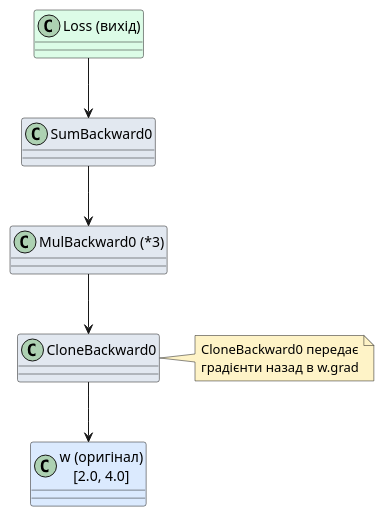
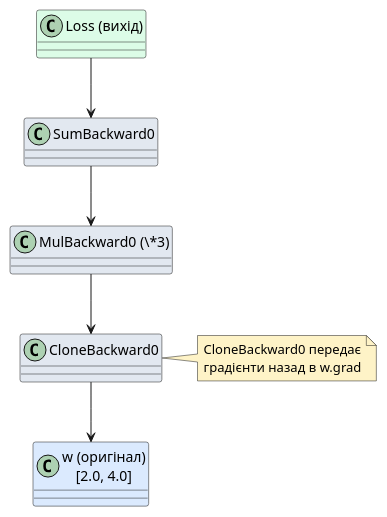
The sixth of 14 diagrams in content/16.ai-python/13.pytorch-intro/01.tensors-and-autograd.md (arakviel/kostyl.dev), drawn with PlantUML before and after one commit. The commit also changed other lines of this file and 11 other files, not shown here.

```diff
--- a/content/16.ai-python/13.pytorch-intro/01.tensors-and-autograd.md
+++ b/content/16.ai-python/13.pytorch-intro/01.tensors-and-autograd.md
@@ -1293,20 +1315,20 @@
 @startuml
 skinparam style plain
 skinparam backgroundColor #FFFFFF
 
 class "w (оригінал)\n[2.0, 4.0]" as w #DBEAFE
 class "CloneBackward0" as clone #E2E8F0
-class "MulBackward0 (*3)" as mul #E2E8F0
+class "MulBackward0 (\*3)" as mul #E2E8F0
 class "SumBackward0" as sum #E2E8F0
 class "Loss (вихід)" as loss #DCFCE7
 
 loss --> sum
 sum --> mul
 mul --> clone
 clone --> w
 
 note right of clone #FEF3C7
-  CloneBackward0 передає
-  градієнти назад в w.grad
+CloneBackward0 передає
+градієнти назад в w.grad
 end note
 @enduml
```
